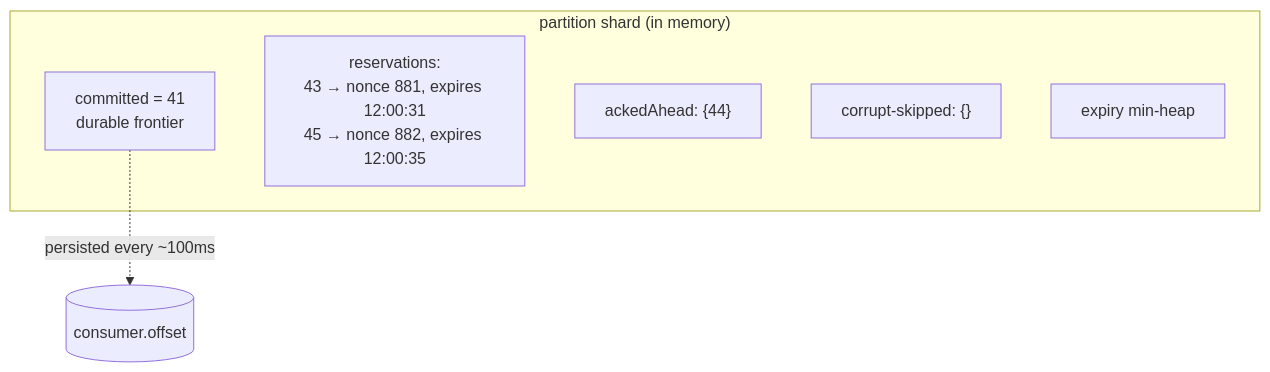
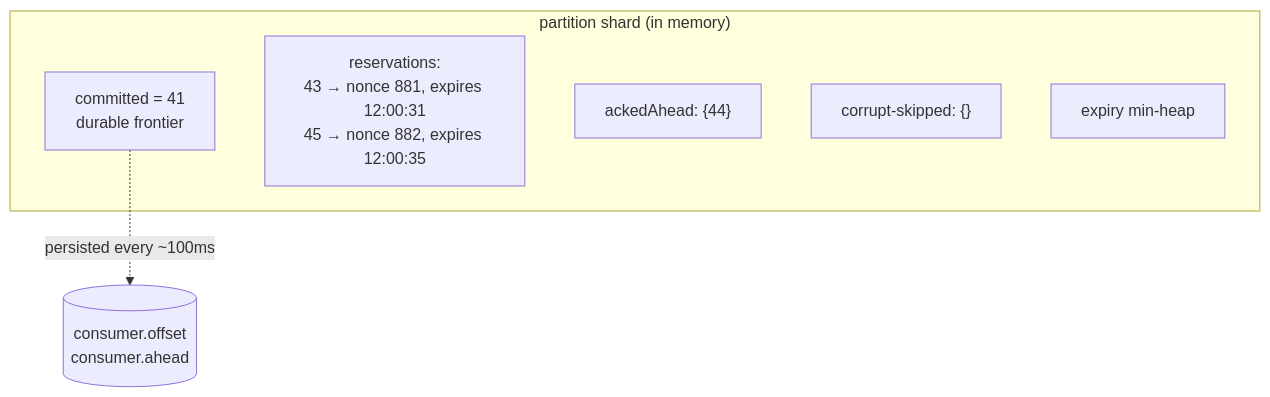
One commit to DebanganThakuria/narad changed the first of 4 diagrams in docs/internals/consume-path.md. Above: the diagram before and after it, drawn with Mermaid. The commit also changed other lines of this file and 17 other files, not shown here.

````diff
--- a/docs/internals/consume-path.md
+++ b/docs/internals/consume-path.md
@@ -9,11 +9,11 @@
 ```mermaid
 flowchart TB
     subgraph shard["partition shard (in memory)"]
         committed["committed = 41<br/>durable frontier"]
         entries["reservations:<br/>43 → nonce 881, expires 12:00:31<br/>45 → nonce 882, expires 12:00:35"]
         ahead["ackedAhead: {44}"]
         corrupt["corrupt-skipped: {}"]
         heap["expiry min-heap"]
     end
-    committed -.->|"persisted every ~100ms"| file[("consumer.offset")]
+    committed -.->|"persisted every ~100ms"| file[("consumer.offset<br/>consumer.ahead")]
 ```
````
